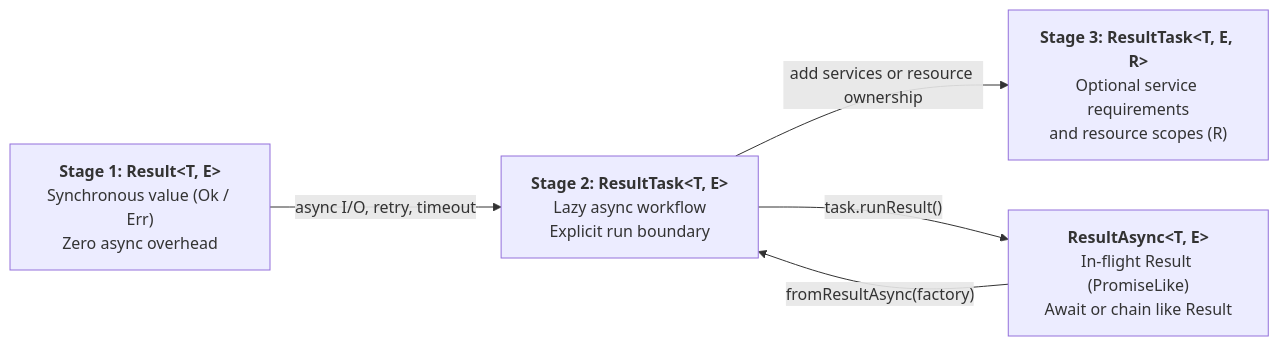
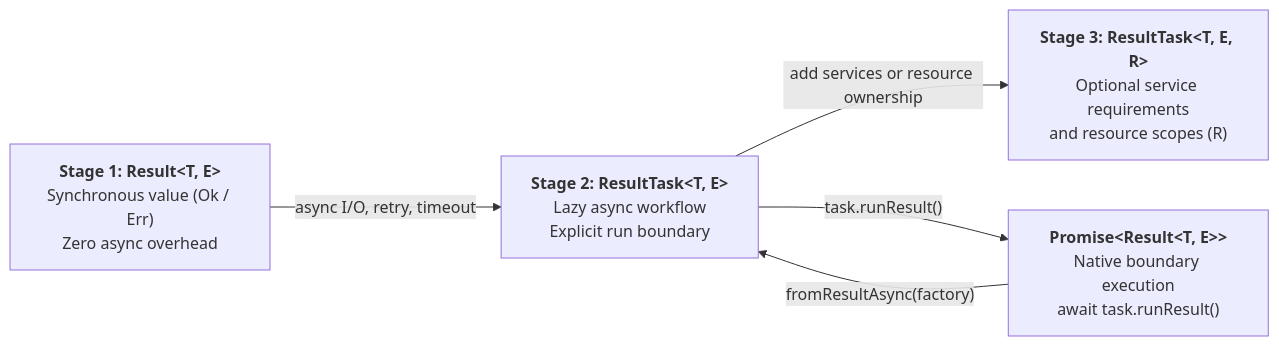
Before and after one commit to inaiat/resultar: the diagram in README.md, drawn with Mermaid. The commit also changed other lines of this file and 253 other files, not shown here.

````diff
--- a/README.md
+++ b/README.md
@@ -117,12 +114,12 @@
 ```mermaid
 flowchart LR
   R["<b>Stage 1: Result&lt;T, E&gt;</b><br/>Synchronous value (Ok / Err)<br/>Zero async overhead"]
   RT["<b>Stage 2: ResultTask&lt;T, E&gt;</b><br/>Lazy async workflow<br/>Explicit run boundary"]
   RTR["<b>Stage 3: ResultTask&lt;T, E, R&gt;</b><br/>Optional service requirements<br/>and resource scopes (R)"]
-  RA["<b>ResultAsync&lt;T, E&gt;</b><br/>In-flight Result (PromiseLike)<br/>Await or chain like Result"]
+  PR["<b>Promise&lt;Result&lt;T, E&gt;&gt;</b><br/>Native boundary execution<br/>await task.runResult()"]
 
   R -->|"async I/O, retry, timeout"| RT
   RT -->|"add services or resource ownership"| RTR
-  RT -->|"task.runResult()"| RA
-  RA -->|"fromResultAsync(factory)"| RT
+  RT -->|"task.runResult()"| PR
+  PR -->|"fromResultAsync(factory)"| RT
 ```
````
